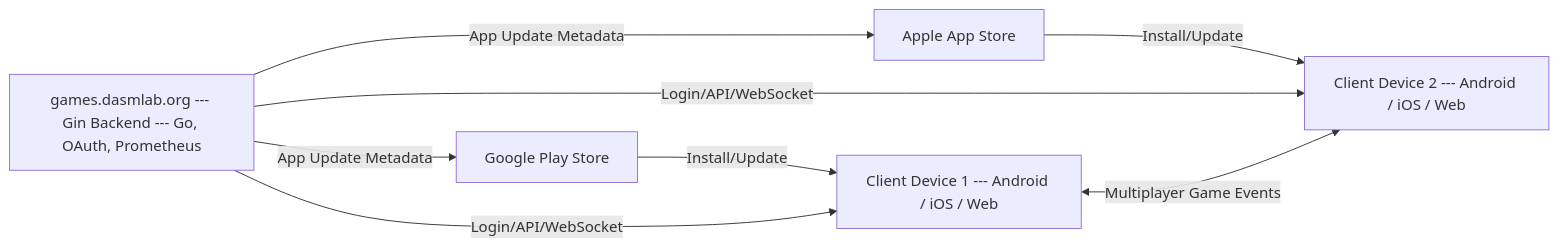
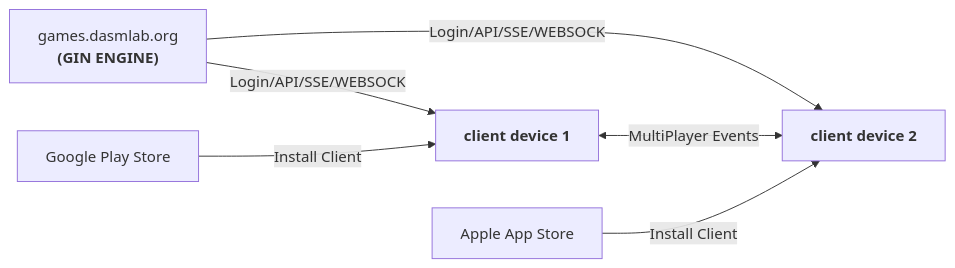
The diagram in README.md (dasmlab/card-suite), drawn with Mermaid before and after one commit.

````diff
--- a/README.md
+++ b/README.md
@@ -10,27 +10,22 @@
 ```mermaid
 flowchart LR
-    %% Backend
-    S1["games.dasmlab.org --- Gin Backend --- Go, OAuth, Prometheus"]
+    S1["games.dasmlab.org<br/><b>(GIN ENGINE)</b>"]
 
-    %% Clients
-    C1["Client Device 1 --- Android / iOS / Web"]
-    C2["Client Device 2 --- Android / iOS / Web"]
+    C1["<b>client device 1</b>"]
+    C2["<b>client device 2</b>"]
 
-    %% Stores
     GP["Google Play Store"]
     AS["Apple App Store"]
 
-    %% App install/update flows
-    GP -->|Install/Update| C1
-    AS -->|Install/Update| C2
+    %% Backend to clients
+    S1 -- "Login/API/SSE/WEBSOCK" --> C1
+    S1 -- "Login/API/SSE/WEBSOCK" --> C2
 
-    %% Main flows
-    S1 -->|Login/API/WebSocket| C1
-    S1 -->|Login/API/WebSocket| C2
+    %% Multiplayer events
+    C1 <--> |"MultiPlayer Events"| C2
 
-    C1 <--> |Multiplayer Game Events| C2
+    %% App Stores to clients
+    GP -- "Install Client" --> C1
+    AS -- "Install Client" --> C2
 
-    %% Optional: Backend to stores for update links (can omit these if not needed)
-    S1 -- App Update Metadata --> GP
-    S1 -- App Update Metadata --> AS
 ```
````
